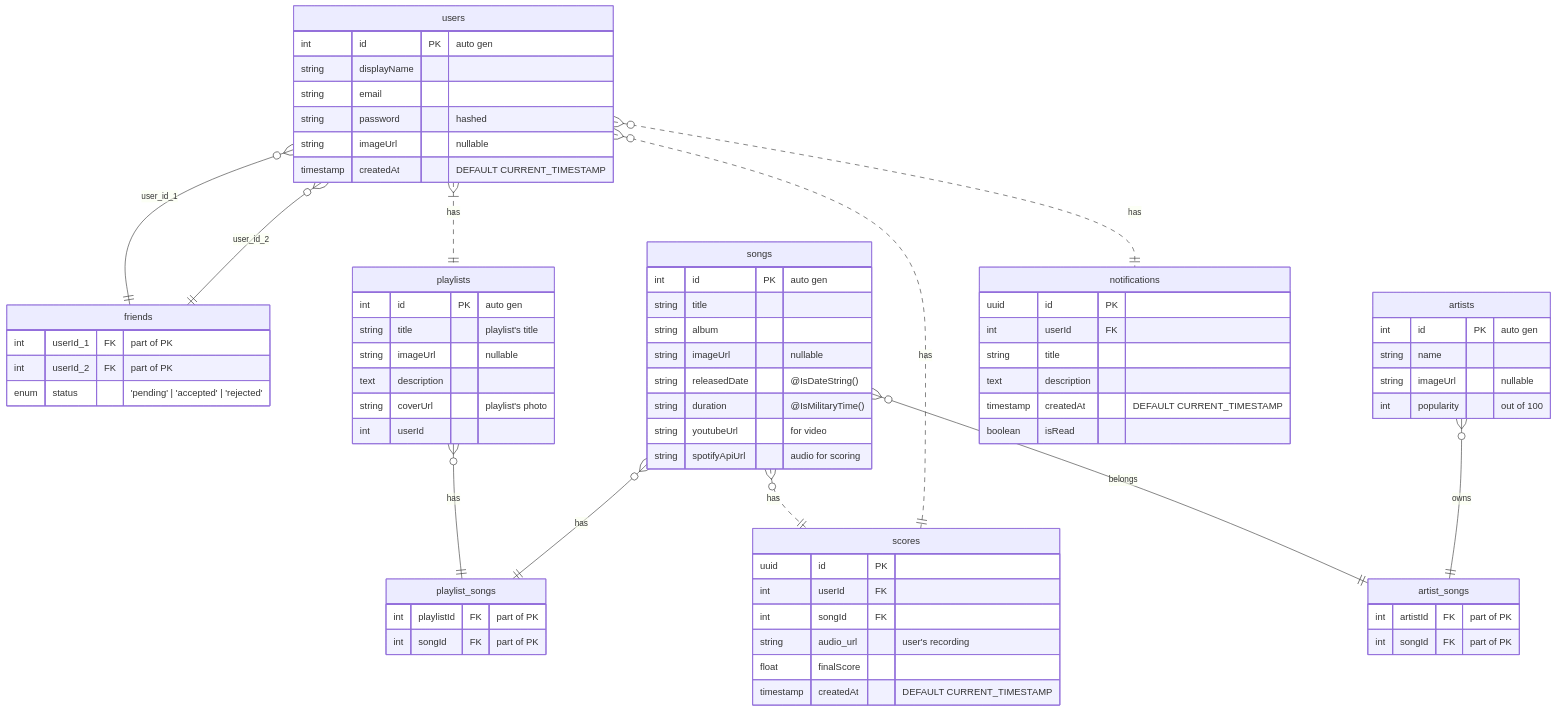
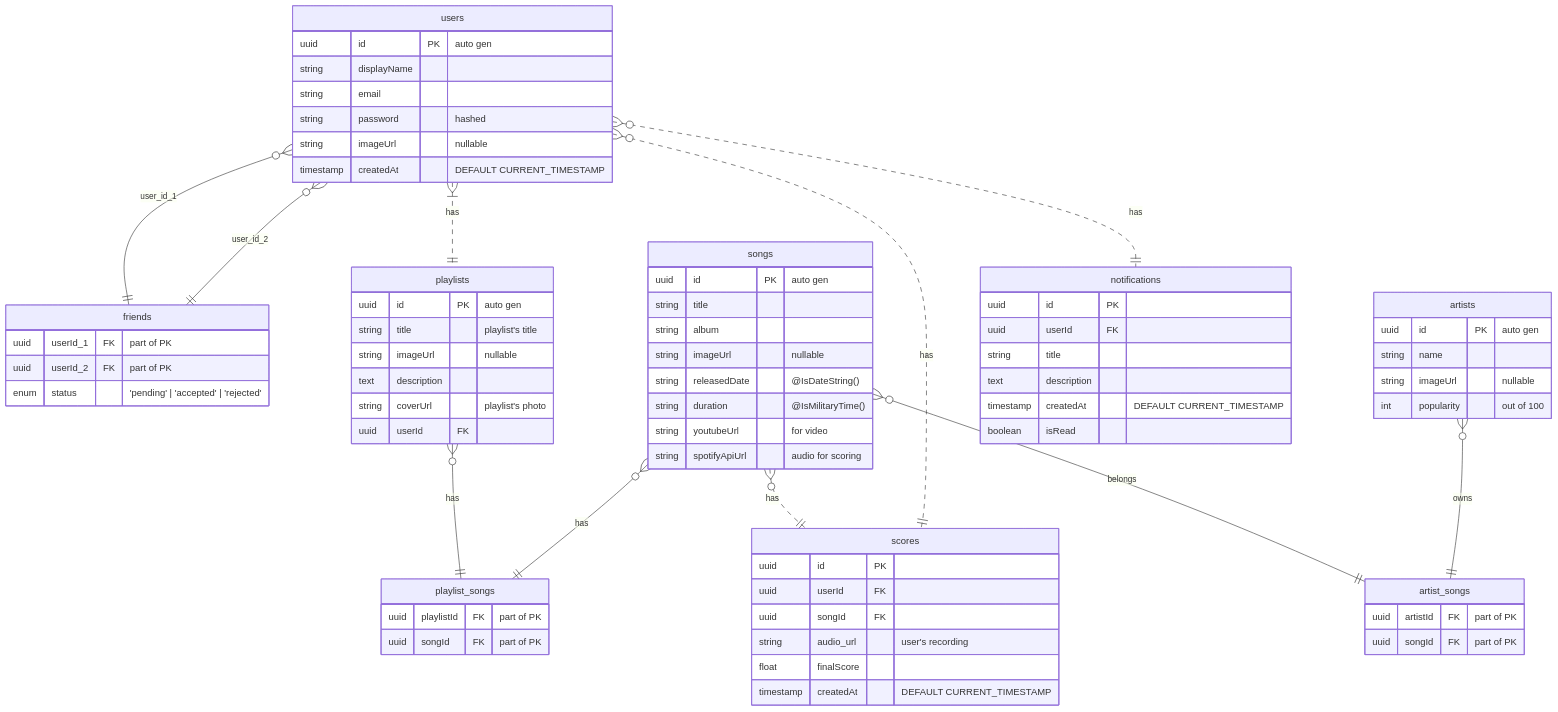
The first of 2 diagrams in README.md (manoke-uit/.github), drawn with Mermaid before and after one commit.

Commit message:
fix: int to uuid type

````diff
--- a/README.md
+++ b/README.md
@@ -2,76 +2,76 @@
 ``` mermaid
 erDiagram
     users {
-        int id PK "auto gen"
+        uuid id PK "auto gen"
         string displayName
         string email
         string password "hashed"
         string imageUrl "nullable"
         timestamp createdAt "DEFAULT CURRENT_TIMESTAMP"
     }
     friends {
-        int userId_1 FK "part of PK"
-        int userId_2 FK "part of PK"
+        uuid userId_1 FK "part of PK"
+        uuid userId_2 FK "part of PK"
         enum status "'pending' | 'accepted' | 'rejected'"
     }
     songs {
-        int id PK "auto gen"
+        uuid id PK "auto gen"
         string title
         string album
         string imageUrl "nullable"
         string releasedDate "@IsDateString()"
         string duration "@IsMilitaryTime()" 
         string youtubeUrl "for video"
         string spotifyApiUrl "audio for scoring"
     }
     playlists {
-        int id PK "auto gen"
+        uuid id PK "auto gen"
         string title "playlist's title"
         string imageUrl "nullable"
         text description
         string coverUrl "playlist's photo"
-        int userId
+        uuid userId FK
     }
     playlist_songs {
-        int playlistId FK "part of PK"
-        int songId FK "part of PK"
+        uuid playlistId FK "part of PK"
+        uuid songId FK "part of PK"
     }
     artists {
-        int id PK "auto gen"
+        uuid id PK "auto gen"
         string name
         string imageUrl "nullable"
         int popularity "out of 100"
     }
     artist_songs {
-        int artistId FK "part of PK"
-        int songId FK "part of PK"
+        uuid artistId FK "part of PK"
+        uuid songId FK "part of PK"
     }
     scores {
         uuid id PK
-        int userId FK
-        int songId FK
+        uuid userId FK
+        uuid songId FK
         string audio_url "user's recording"
         float finalScore
         timestamp createdAt "DEFAULT CURRENT_TIMESTAMP"
     }
     notifications {
         uuid id PK
-        int userId FK
+        uuid userId FK
         string title
         text description
         timestamp createdAt "DEFAULT CURRENT_TIMESTAMP"
         boolean isRead
     }
     
     songs }o--|| artist_songs: belongs
     users }o..|| notifications: has
     users }o--|| friends: user_id_1
     users }o--|| friends: user_id_2
     users }|..|| playlists: has
     songs }o..|| scores: has
     users }o..|| scores: has
     playlists }o--|| playlist_songs: has
     songs }o--|| playlist_songs: has
     artists }o--|| artist_songs: owns
     
 ```
````
